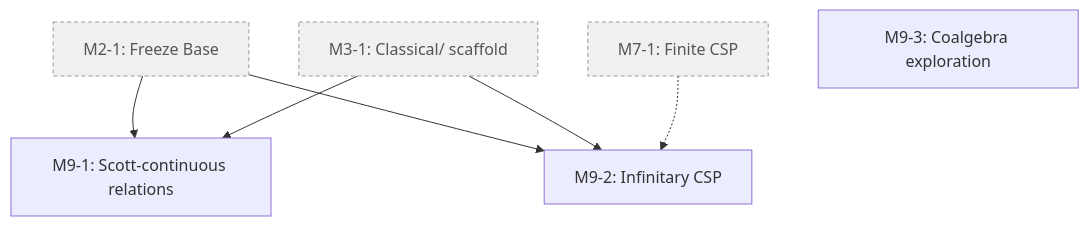
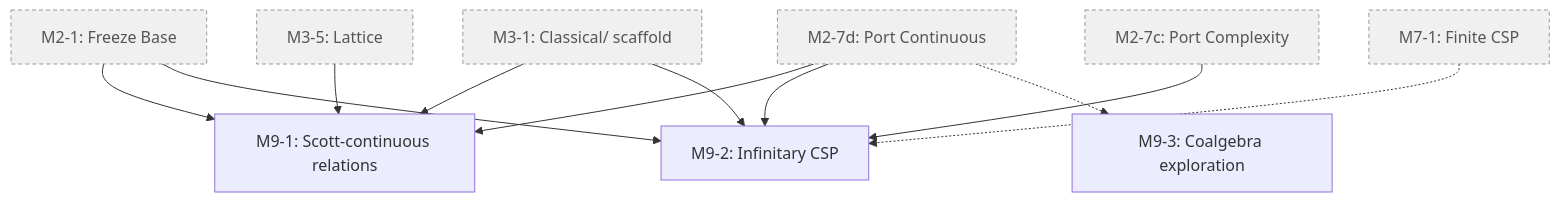
The sixth of 8 diagrams in docs/GITHUB_PROJECT.md (ualib/agda-algebras), drawn with Mermaid before and after one commit. The commit also changed other lines of this file and 1 other file, not shown here.

````diff
--- a/docs/GITHUB_PROJECT.md
+++ b/docs/GITHUB_PROJECT.md
@@ -1610,15 +1642,23 @@
 ```mermaid
 graph TD
   M2_1["M2-1: Freeze Base"]:::ext
+  M2_7c["M2-7c: Port Complexity"]:::ext
+  M2_7d["M2-7d: Port Continuous"]:::ext
   M3_1["M3-1: Classical/ scaffold"]:::ext
+  M3_5["M3-5: Lattice"]:::ext
   M7_1["M7-1: Finite CSP"]:::ext
   M9_1["M9-1: Scott-continuous relations"]
   M9_2["M9-2: Infinitary CSP"]
   M9_3["M9-3: Coalgebra exploration"]
   M2_1 --> M9_1
   M2_1 --> M9_2
+  M2_7d --> M9_1
+  M2_7d --> M9_2
+  M2_7d -.-> M9_3
+  M2_7c --> M9_2
   M3_1 --> M9_1
+  M3_5 --> M9_1
   M3_1 --> M9_2
   M7_1 -.-> M9_2
   classDef ext fill:#f0f0f0,stroke:#999,stroke-dasharray: 4 3,color:#555
 ```
````
